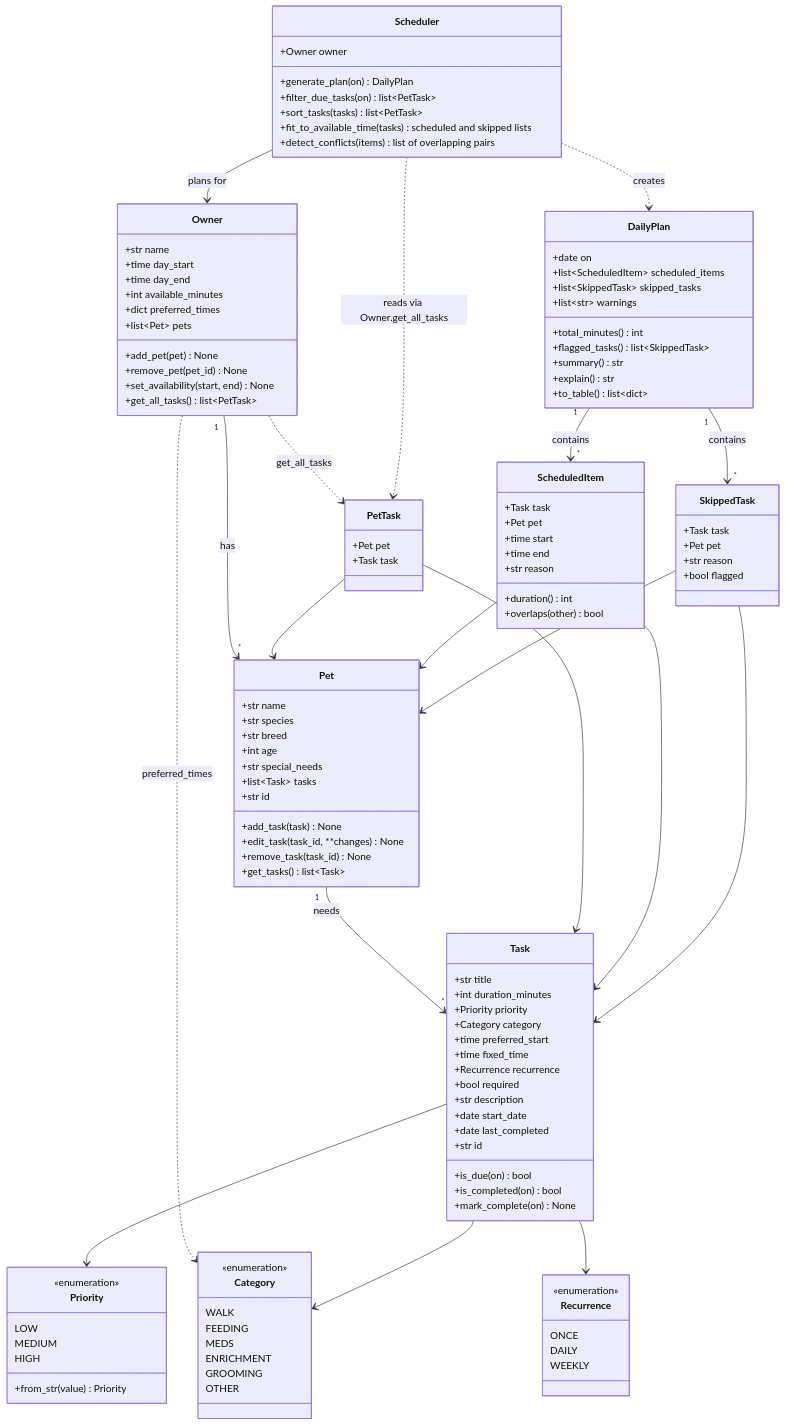
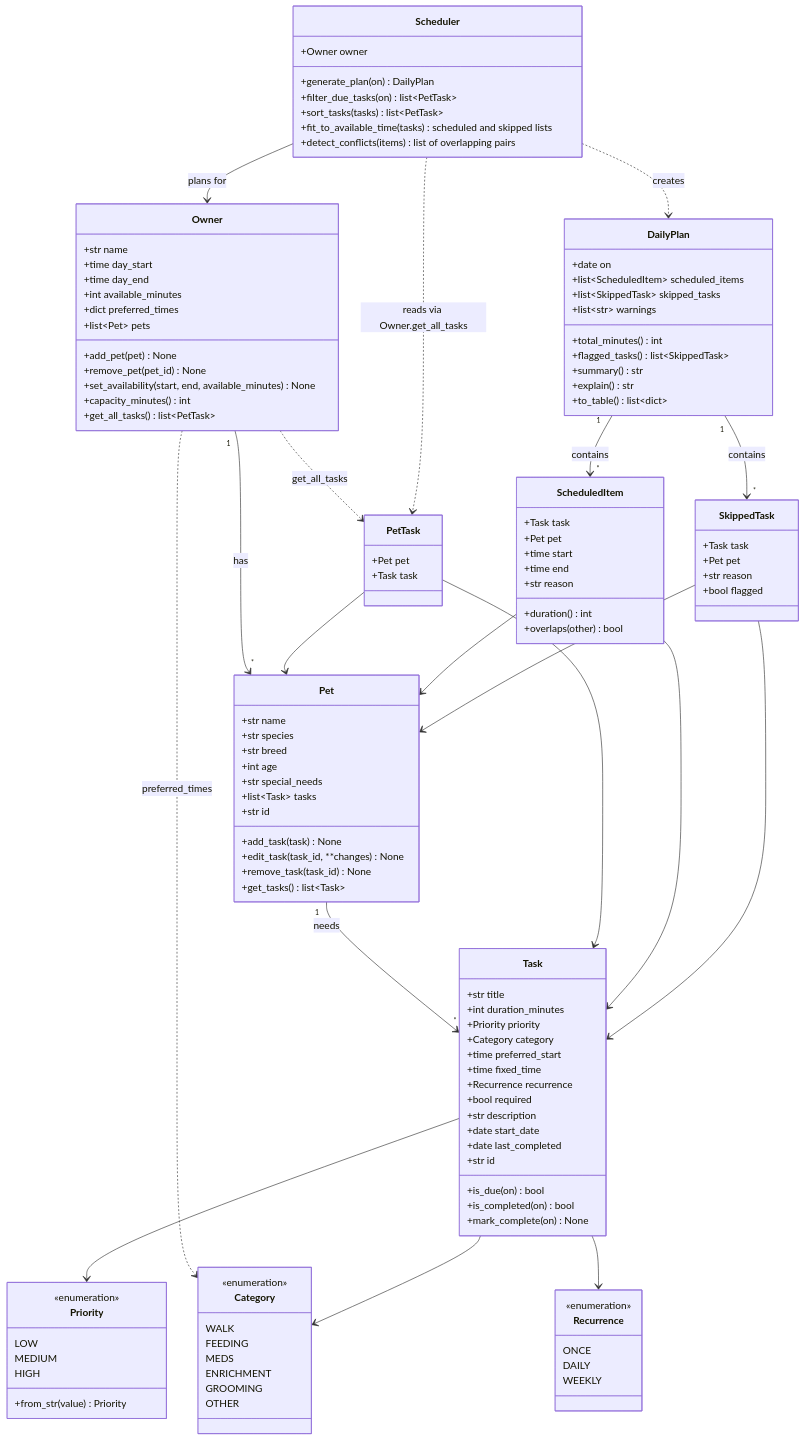
Before and after one commit to LittleNew008/ai110-module2show-pawpal-starter: the diagram in diagrams/uml.mmd, drawn with Mermaid. The commit also changed 7 other files, not shown here.

```diff
--- a/diagrams/uml.mmd
+++ b/diagrams/uml.mmd
@@ -1,136 +1,137 @@
 classDiagram
     class Priority {
         <<enumeration>>
         LOW
         MEDIUM
         HIGH
         +from_str(value) Priority
     }
 
     class Category {
         <<enumeration>>
         WALK
         FEEDING
         MEDS
         ENRICHMENT
         GROOMING
         OTHER
     }
 
     class Recurrence {
         <<enumeration>>
         ONCE
         DAILY
         WEEKLY
     }
 
     %% Owner availability: the day_start-day_end window is the source of truth;
     %% available_minutes is an optional extra cap (scheduler uses the tighter limit).
     class Owner {
         +str name
         +time day_start
         +time day_end
         +int available_minutes
         +dict preferred_times
         +list~Pet~ pets
         +add_pet(pet) None
         +remove_pet(pet_id) None
-        +set_availability(start, end) None
+        +set_availability(start, end, available_minutes) None
+        +capacity_minutes() int
         +get_all_tasks() list~PetTask~
     }
 
     class Pet {
         +str name
         +str species
         +str breed
         +int age
         +str special_needs
         +list~Task~ tasks
         +str id
         +add_task(task) None
         +edit_task(task_id, **changes) None
         +remove_task(task_id) None
         +get_tasks() list~Task~
     }
 
     %% last_completed + start_date replace a single completed flag, which cannot work for recurring tasks.
     class Task {
         +str title
         +int duration_minutes
         +Priority priority
         +Category category
         +time preferred_start
         +time fixed_time
         +Recurrence recurrence
         +bool required
         +str description
         +date start_date
         +date last_completed
         +str id
         +is_due(on) bool
         +is_completed(on) bool
         +mark_complete(on) None
     }
 
     %% A task does not point back to its pet; PetTask carries the pair.
     class PetTask {
         +Pet pet
         +Task task
     }
 
     class Scheduler {
         +Owner owner
         +generate_plan(on) DailyPlan
         +filter_due_tasks(on) list~PetTask~
         +sort_tasks(tasks) list~PetTask~
         +fit_to_available_time(tasks) scheduled and skipped lists
         +detect_conflicts(items) list of overlapping pairs
     }
 
     class DailyPlan {
         +date on
         +list~ScheduledItem~ scheduled_items
         +list~SkippedTask~ skipped_tasks
         +list~str~ warnings
         +total_minutes() int
         +flagged_tasks() list~SkippedTask~
         +summary() str
         +explain() str
         +to_table() list~dict~
     }
 
     class ScheduledItem {
         +Task task
         +Pet pet
         +time start
         +time end
         +str reason
         +duration() int
         +overlaps(other) bool
     }
 
     class SkippedTask {
         +Task task
         +Pet pet
         +str reason
         +bool flagged
     }
 
     Owner "1" --> "*" Pet : has
     Owner ..> Category : preferred_times
     Owner ..> PetTask : get_all_tasks
     Pet "1" --> "*" Task : needs
     Task --> Priority
     Task --> Category
     Task --> Recurrence
     PetTask --> Pet
     PetTask --> Task
     Scheduler --> Owner : plans for
     Scheduler ..> PetTask : reads via Owner.get_all_tasks
     Scheduler ..> DailyPlan : creates
     DailyPlan "1" --> "*" ScheduledItem : contains
     DailyPlan "1" --> "*" SkippedTask : contains
     ScheduledItem --> Task
     ScheduledItem --> Pet
     SkippedTask --> Task
     SkippedTask --> Pet
```
